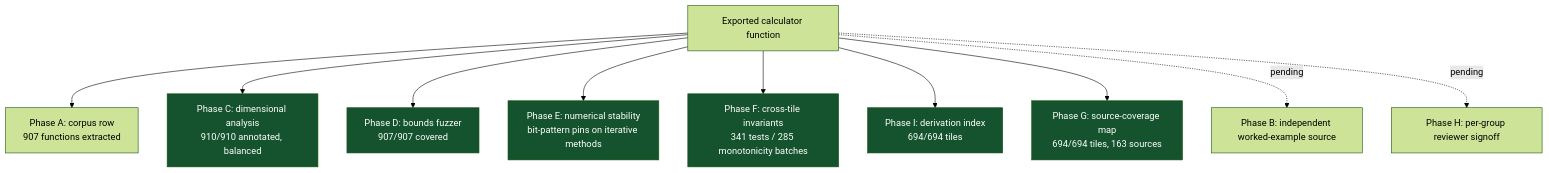
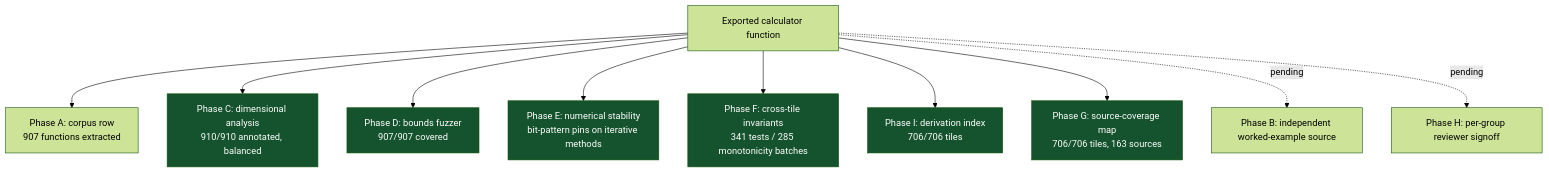
Before and after one commit to clay-good/roughlogic.com: the sixth of 8 diagrams in README.md, drawn with Mermaid (forest theme). The commit also changed other lines of this file and 31 other files, not shown here.

````diff
--- a/README.md
+++ b/README.md
@@ -519,18 +519,18 @@
 ```mermaid
 flowchart TB
     F[Exported calculator function] --> A[Phase A: corpus row\n907 functions extracted]
     F --> C[Phase C: dimensional analysis\n910/910 annotated, balanced]
     F --> D[Phase D: bounds fuzzer\n907/907 covered]
     F --> E[Phase E: numerical stability\nbit-pattern pins on iterative methods]
     F --> Fa[Phase F: cross-tile invariants\n341 tests / 285 monotonicity batches]
-    F --> I[Phase I: derivation index\n694/694 tiles]
-    F --> G[Phase G: source-coverage map\n694/694 tiles, 163 sources]
+    F --> I[Phase I: derivation index\n706/706 tiles]
+    F --> G[Phase G: source-coverage map\n706/706 tiles, 163 sources]
     F -.pending.-> B[Phase B: independent worked-example source]
     F -.pending.-> H[Phase H: per-group reviewer signoff]
     style C fill:#14532d,color:#fff
     style D fill:#14532d,color:#fff
     style E fill:#14532d,color:#fff
     style Fa fill:#14532d,color:#fff
     style G fill:#14532d,color:#fff
     style I fill:#14532d,color:#fff
 ```
````
